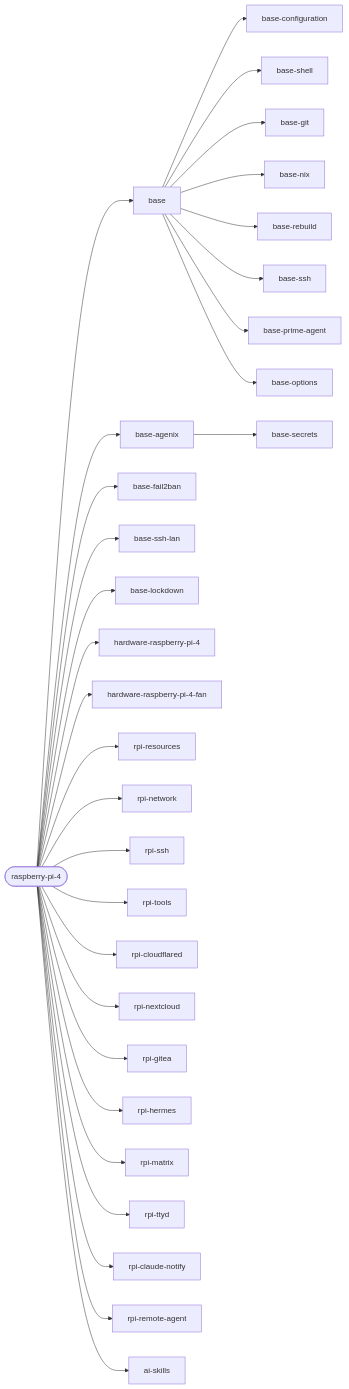
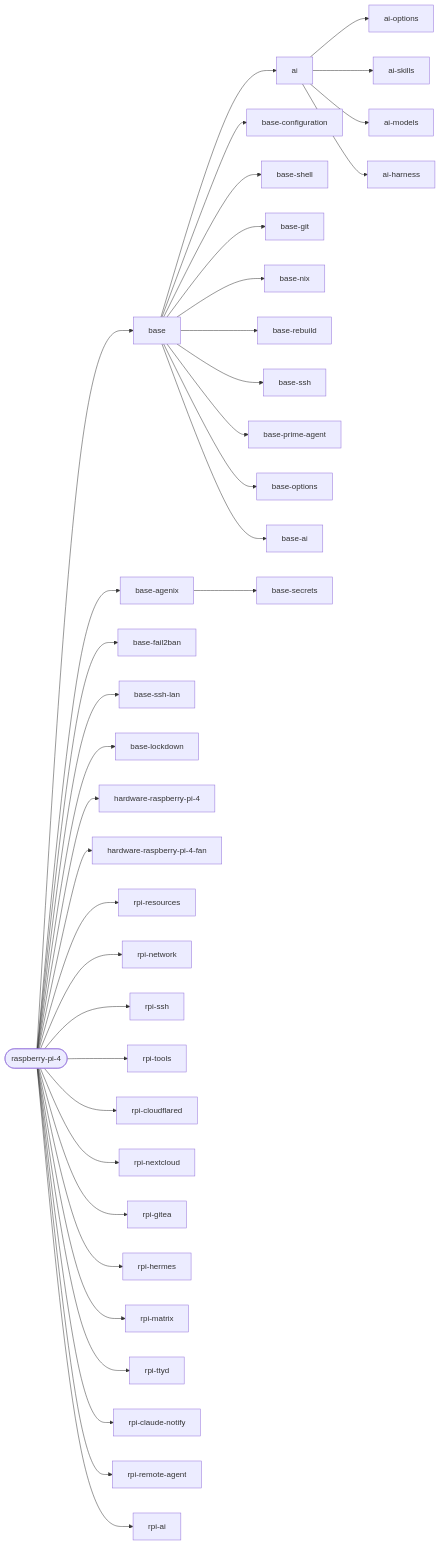
The second of 3 diagrams in docs/reference/hosts.md (janusz-bit/nixos), drawn with Mermaid before and after one commit. The commit also changed other lines of this file and 28 other files, not shown here.

First line of the commit message:
ai: skills and models as ai.* options, import logic in modules/ai

````diff
--- a/docs/reference/hosts.md
+++ b/docs/reference/hosts.md
@@ -126,33 +132,39 @@
 ```mermaid
 flowchart LR
   host_raspberry_pi_4([raspberry-pi-4])
   host_raspberry_pi_4 --> base[base]
   host_raspberry_pi_4 --> base_agenix[base-agenix]
   host_raspberry_pi_4 --> base_fail2ban[base-fail2ban]
   host_raspberry_pi_4 --> base_ssh_lan[base-ssh-lan]
   host_raspberry_pi_4 --> base_lockdown[base-lockdown]
   host_raspberry_pi_4 --> hardware_raspberry_pi_4[hardware-raspberry-pi-4]
   host_raspberry_pi_4 --> hardware_raspberry_pi_4_fan[hardware-raspberry-pi-4-fan]
   host_raspberry_pi_4 --> rpi_resources[rpi-resources]
   host_raspberry_pi_4 --> rpi_network[rpi-network]
   host_raspberry_pi_4 --> rpi_ssh[rpi-ssh]
   host_raspberry_pi_4 --> rpi_tools[rpi-tools]
   host_raspberry_pi_4 --> rpi_cloudflared[rpi-cloudflared]
   host_raspberry_pi_4 --> rpi_nextcloud[rpi-nextcloud]
   host_raspberry_pi_4 --> rpi_gitea[rpi-gitea]
   host_raspberry_pi_4 --> rpi_hermes[rpi-hermes]
   host_raspberry_pi_4 --> rpi_matrix[rpi-matrix]
   host_raspberry_pi_4 --> rpi_ttyd[rpi-ttyd]
   host_raspberry_pi_4 --> rpi_claude_notify[rpi-claude-notify]
   host_raspberry_pi_4 --> rpi_remote_agent[rpi-remote-agent]
-  host_raspberry_pi_4 --> ai_skills[ai-skills]
+  host_raspberry_pi_4 --> rpi_ai[rpi-ai]
+  ai --> ai_options[ai-options]
+  ai --> ai_skills[ai-skills]
+  ai --> ai_models[ai-models]
+  ai --> ai_harness[ai-harness]
   base --> base_configuration[base-configuration]
   base --> base_shell[base-shell]
   base --> base_git[base-git]
   base --> base_nix[base-nix]
   base --> base_rebuild[base-rebuild]
   base --> base_ssh[base-ssh]
   base --> base_prime_agent[base-prime-agent]
   base --> base_options[base-options]
+  base --> ai[ai]
+  base --> base_ai[base-ai]
   base_agenix --> base_secrets[base-secrets]
 ```
````
